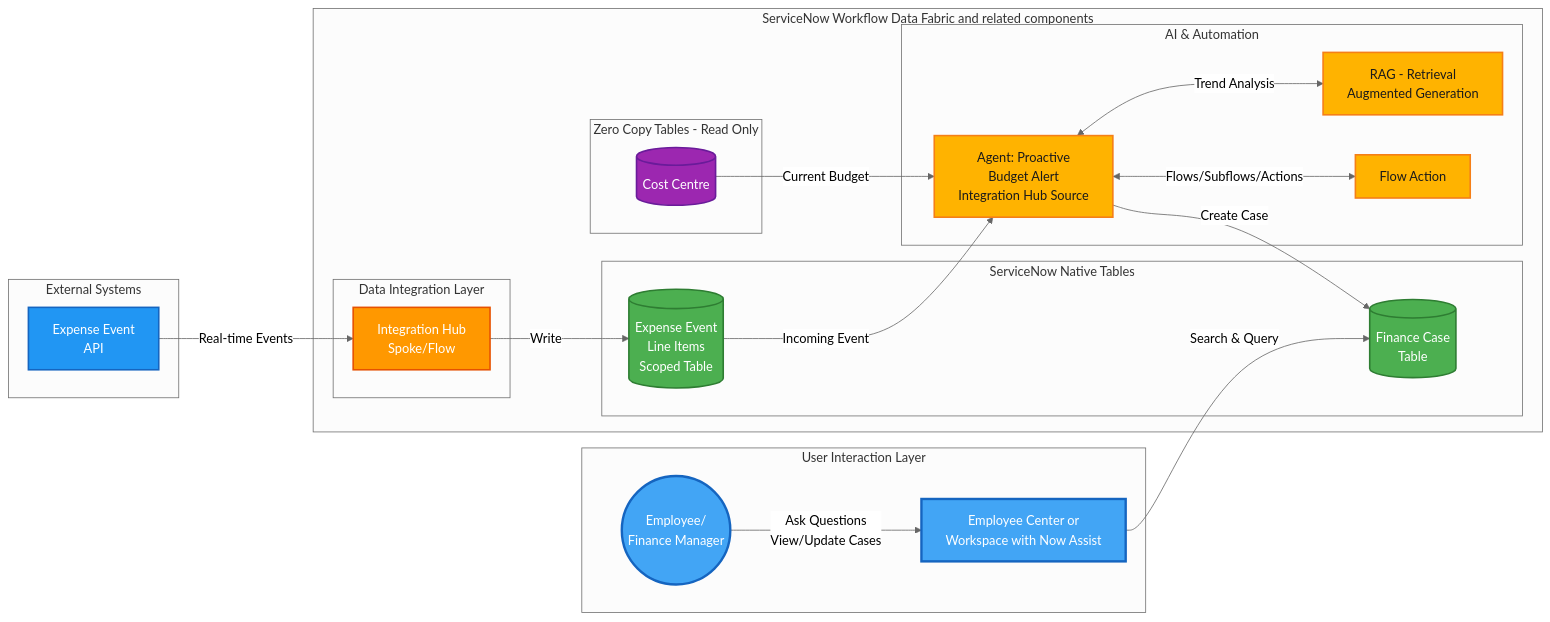
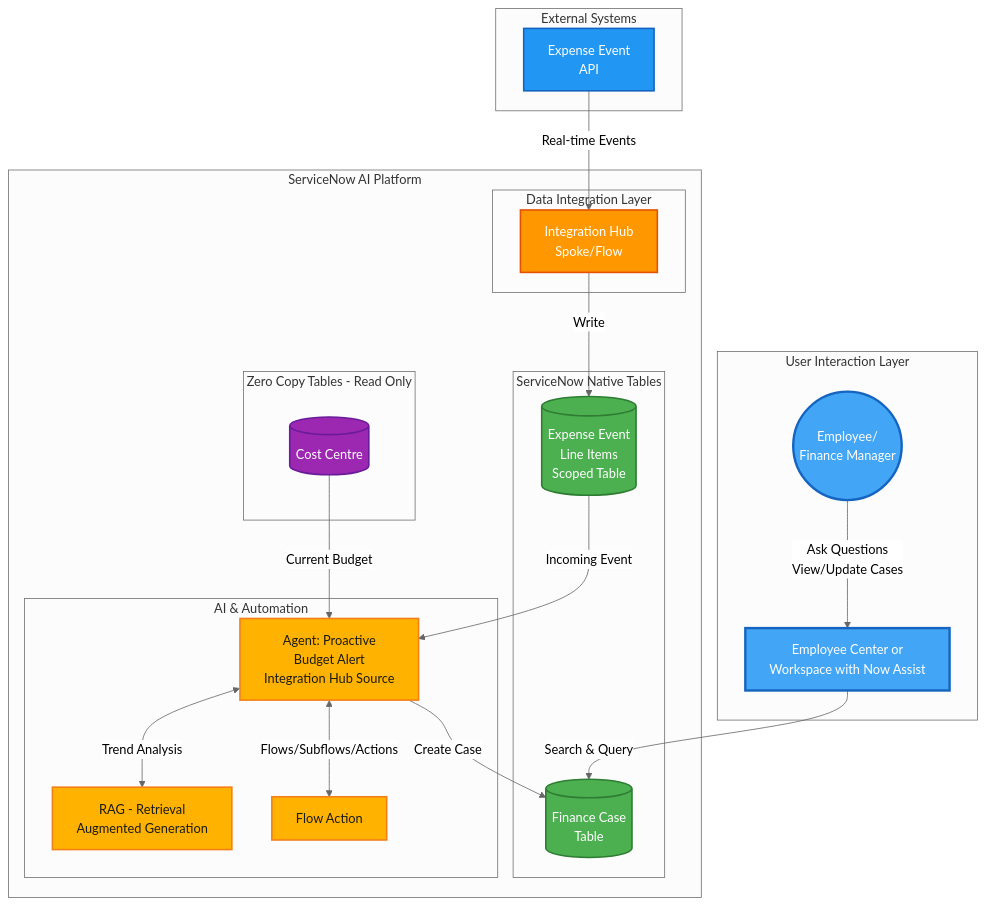
One commit to leojacinto/WorkflowDataFabric-TypeA changed the diagram in main-exercises/lab-exercise-integration-hub.md. Above: the diagram before and after it, drawn with Mermaid (neutral theme). The commit also changed 5 other files, not shown here.

````diff
--- a/main-exercises/lab-exercise-integration-hub.md
+++ b/main-exercises/lab-exercise-integration-hub.md
@@ -17,63 +17,63 @@
 ```mermaid
-graph LR
+graph TB
     subgraph "User Interaction Layer"
         Employee((Employee/<br/>Finance Manager))
         EC[Employee Center or<br/> Workspace with Now Assist]
     end
 
     subgraph "External Systems"
         ExpenseAPI[Expense Event<br/>API]
     end
 
-    subgraph "ServiceNow Workflow Data Fabric and related components"
+    subgraph "ServiceNow AI Platform"
         subgraph "Data Integration Layer"
             IntHub[Integration Hub<br/>Spoke/Flow]
         end
 
         subgraph "Zero Copy Tables - Read Only"
             ZCCC[(Cost Centre)]
         end
 
         subgraph "ServiceNow Native Tables"
             ExpenseTable[(Expense Event<br/>Line Items<br/>Scoped Table)]
             FinCase[(Finance Case<br/>Table)]
         end
 
         subgraph "AI & Automation"
             Agent2[Agent: Proactive<br/>Budget Alert<br/>Integration Hub Source]
             RAG[RAG - Retrieval<br/>Augmented Generation]
             FlowAction[Flow Action]
         end
     end
 
     %% Data Flow Connections
     ExpenseAPI -->|Real-time Events| IntHub
     IntHub -->|Write| ExpenseTable
 
     %% Agent 2 Workflow - Integration Hub Source
     ExpenseTable -->|Incoming Event| Agent2
     ZCCC -->|Current Budget| Agent2
     Agent2 -->|Create Case| FinCase
     Agent2 <-->|Trend Analysis| RAG
     Agent2 <-->|Flows/Subflows/Actions| FlowAction
 
     %% User Interaction Connections
     Employee -->|Ask Questions<br/>View/Update Cases| EC
     EC -->|Search & Query| FinCase
 
     %% Styling
     classDef external fill:#2196F3,stroke:#1565C0,stroke-width:2px,color:#fff
     classDef integration fill:#FF9800,stroke:#E65100,stroke-width:2px,color:#fff
     classDef zeroCopy fill:#9C27B0,stroke:#6A1B9A,stroke-width:2px,color:#fff
     classDef native fill:#4CAF50,stroke:#2E7D32,stroke-width:2px,color:#fff
     classDef ai fill:#FFB300,stroke:#F57F17,stroke-width:2px,color:#1a1a1a
     classDef user fill:#42A5F5,stroke:#1565C0,stroke-width:3px,color:#fff
 
     class ExpenseAPI,SharePoint external
     class IntHub,ExtContent integration
     class ZCCC zeroCopy
     class ExpenseTable,FinCase,FinVar native
     class Agent2,NLQuery,RAG,NASK,FlowAction ai
     class MockExpense external
     class Employee,EC user
 ```
````
